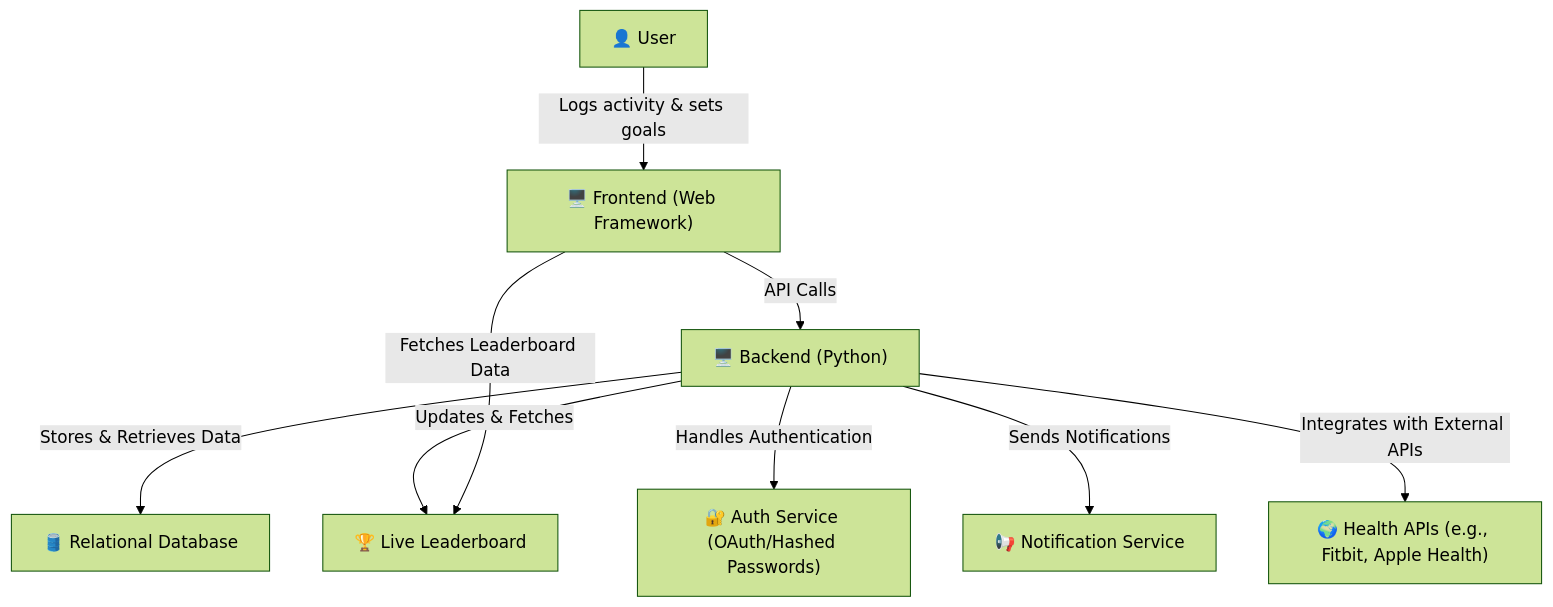
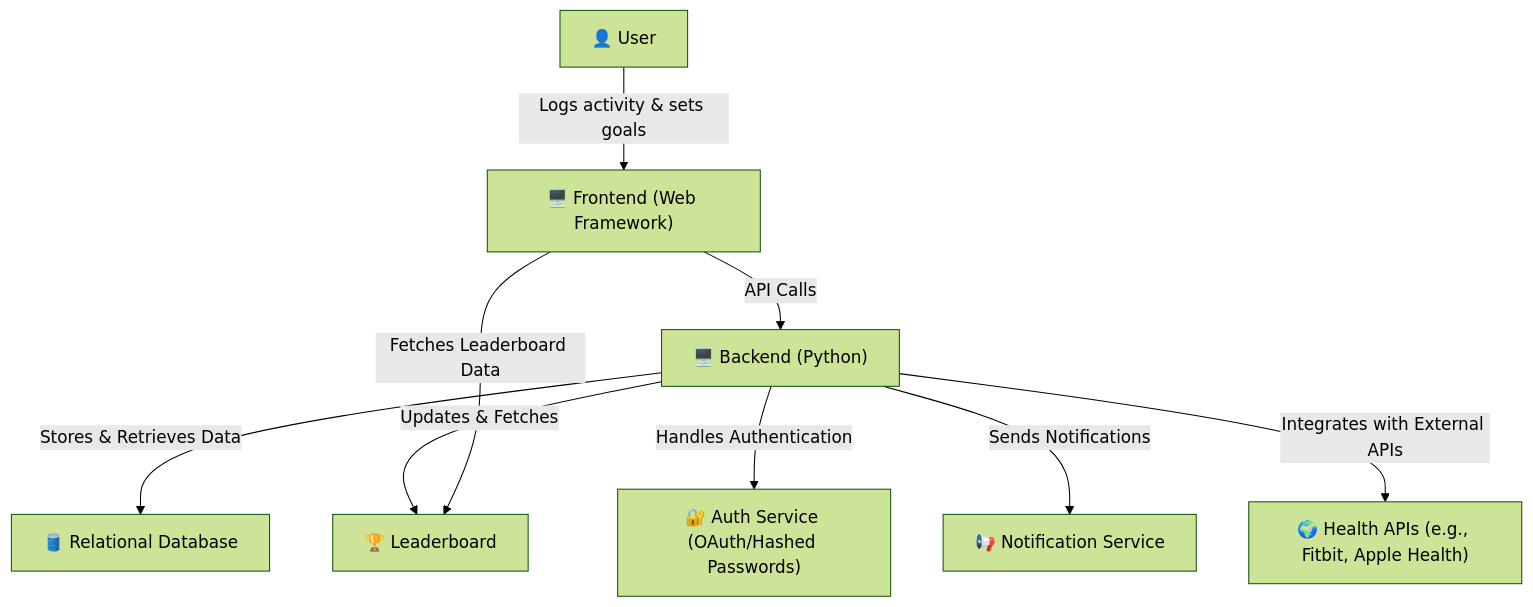
Before and after one commit to csweenz/Capstone: the third of 3 diagrams in README.md, drawn with Mermaid (forest theme). The commit also changed other lines of this file and 40 other files, not shown here.

````diff
--- a/README.md
+++ b/README.md
@@ -99,18 +105,18 @@
 ```mermaid
 
 graph TD
     User["👤 User"] -->|Logs activity & sets goals| Frontend["🖥️ Frontend (Web Framework)"]
     
     Frontend -->|API Calls| Backend["🖥️ Backend (Python)"]
     Backend -->|Stores & Retrieves Data| Database["🛢️ Relational Database"]
 
-    Backend -->|Updates & Fetches| Leaderboard["🏆 Live Leaderboard"]
+    Backend -->|Updates & Fetches| Leaderboard["🏆 Leaderboard"]
     Backend -->|Handles Authentication| AuthService["🔐 Auth Service (OAuth/Hashed Passwords)"]
 
     Frontend -->|Fetches Leaderboard Data| Leaderboard
 
     Backend -->|Sends Notifications| NotificationService["📢 Notification Service"]
     Backend -->|Integrates with External APIs| ExternalAPIs["🌍 Health APIs (e.g., Fitbit, Apple Health)"]
 
 
 ```
````
